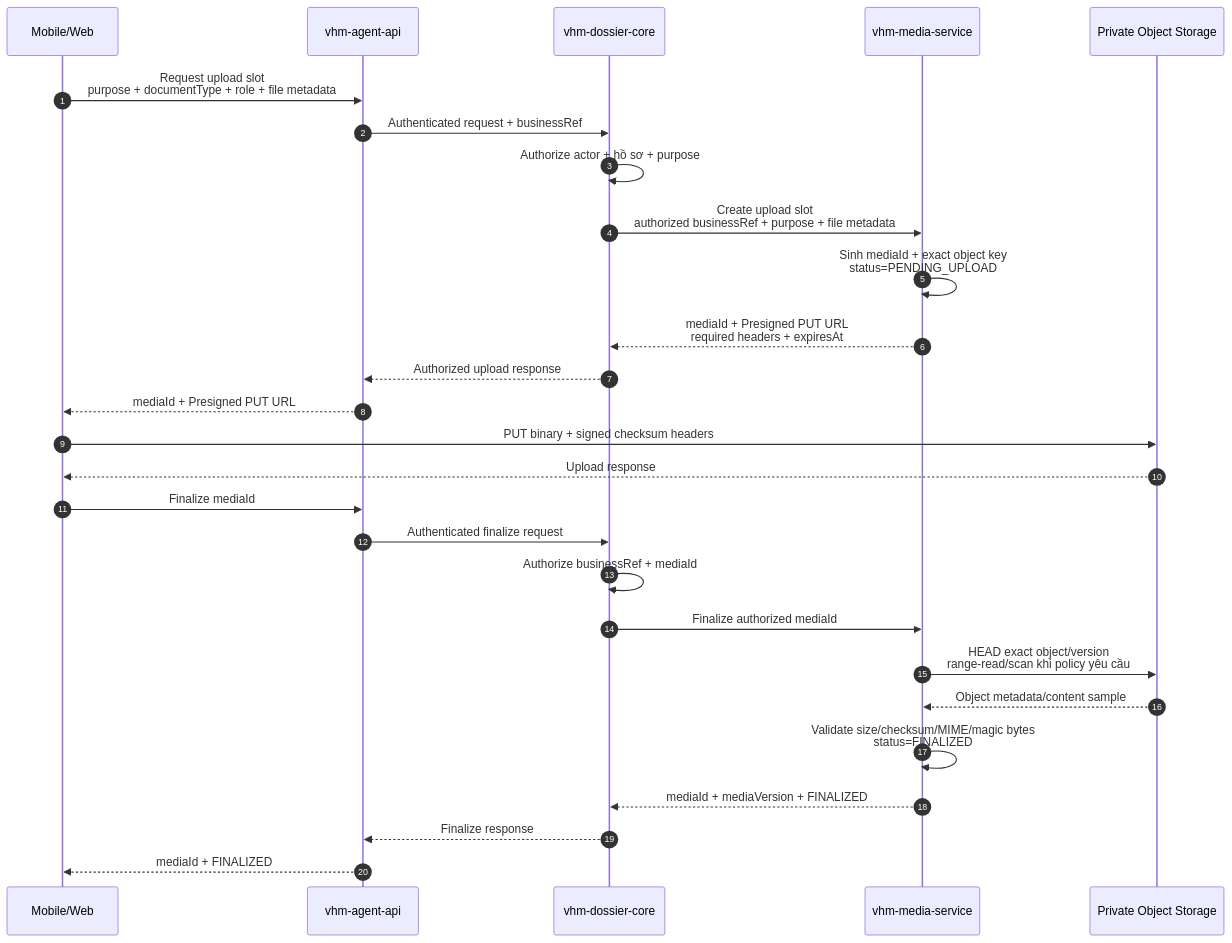
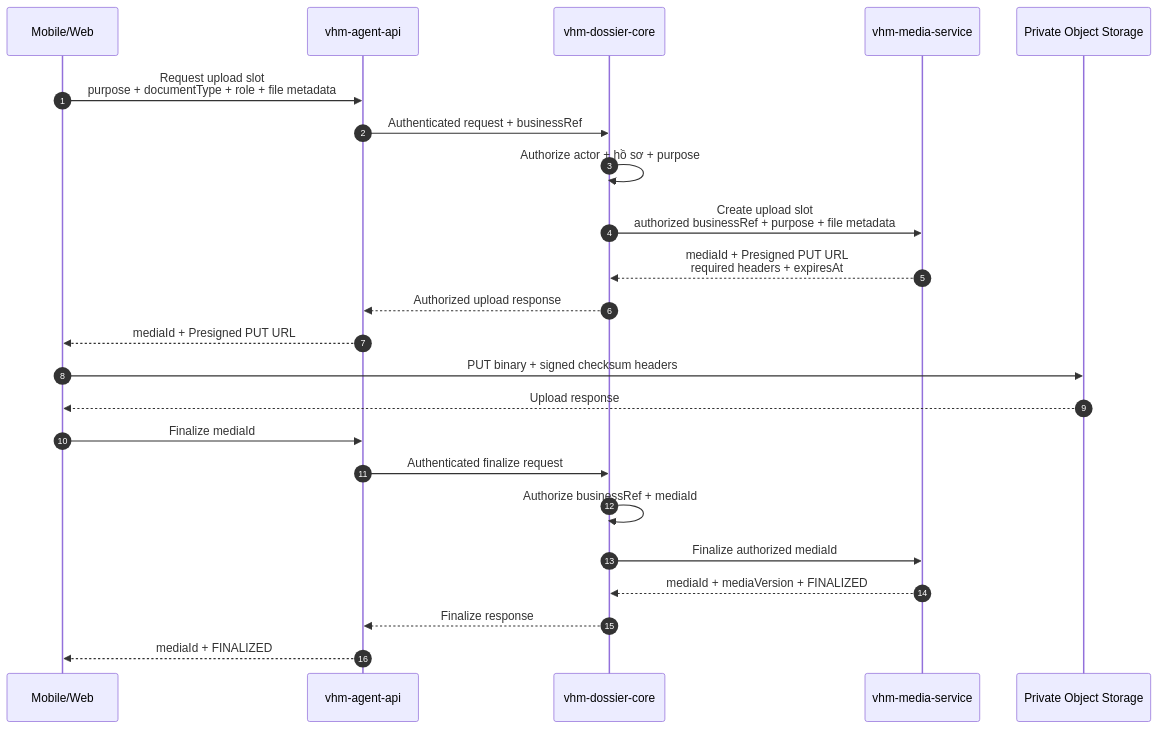
One commit to huynv-xyz/vhm changed the third of 8 diagrams in noxh.md. Above: the diagram before and after it, drawn with Mermaid. The commit also changed other lines of this file, not shown here.

````diff
--- a/noxh.md
+++ b/noxh.md
@@ -168,32 +168,28 @@
 ```mermaid
 sequenceDiagram
     autonumber
     participant CLIENT as Mobile/Web
     participant BFF as vhm-agent-api
     participant DOSSIER as vhm-dossier-core
     participant MEDIA_API as vhm-media-service
     participant MEDIA as Private Object Storage
 
     CLIENT->>BFF: Request upload slot<br/>purpose + documentType + role + file metadata
     BFF->>DOSSIER: Authenticated request + businessRef
     DOSSIER->>DOSSIER: Authorize actor + hồ sơ + purpose
     DOSSIER->>MEDIA_API: Create upload slot<br/>authorized businessRef + purpose + file metadata
-    MEDIA_API->>MEDIA_API: Sinh mediaId + exact object key<br/>status=PENDING_UPLOAD
     MEDIA_API-->>DOSSIER: mediaId + Presigned PUT URL<br/>required headers + expiresAt
     DOSSIER-->>BFF: Authorized upload response
     BFF-->>CLIENT: mediaId + Presigned PUT URL
 
     CLIENT->>MEDIA: PUT binary + signed checksum headers
     MEDIA-->>CLIENT: Upload response
 
     CLIENT->>BFF: Finalize mediaId
     BFF->>DOSSIER: Authenticated finalize request
     DOSSIER->>DOSSIER: Authorize businessRef + mediaId
     DOSSIER->>MEDIA_API: Finalize authorized mediaId
-    MEDIA_API->>MEDIA: HEAD exact object/version<br/>range-read/scan khi policy yêu cầu
-    MEDIA-->>MEDIA_API: Object metadata/content sample
-    MEDIA_API->>MEDIA_API: Validate size/checksum/MIME/magic bytes<br/>status=FINALIZED
     MEDIA_API-->>DOSSIER: mediaId + mediaVersion + FINALIZED
     DOSSIER-->>BFF: Finalize response
     BFF-->>CLIENT: mediaId + FINALIZED
 ```
````
